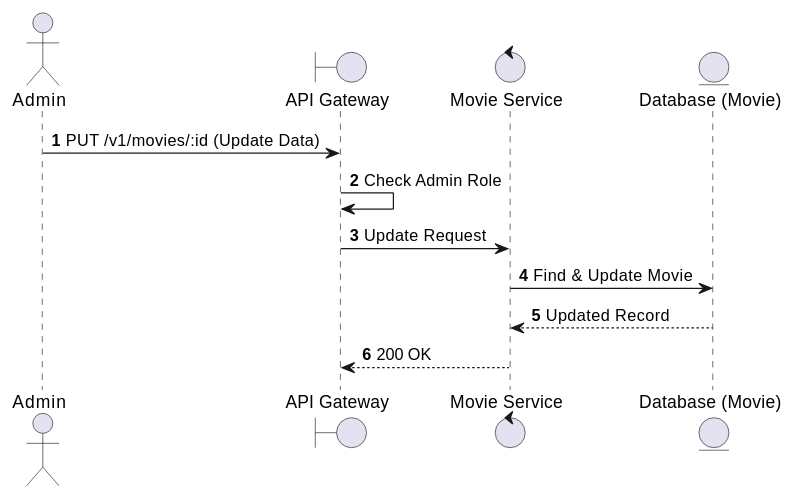
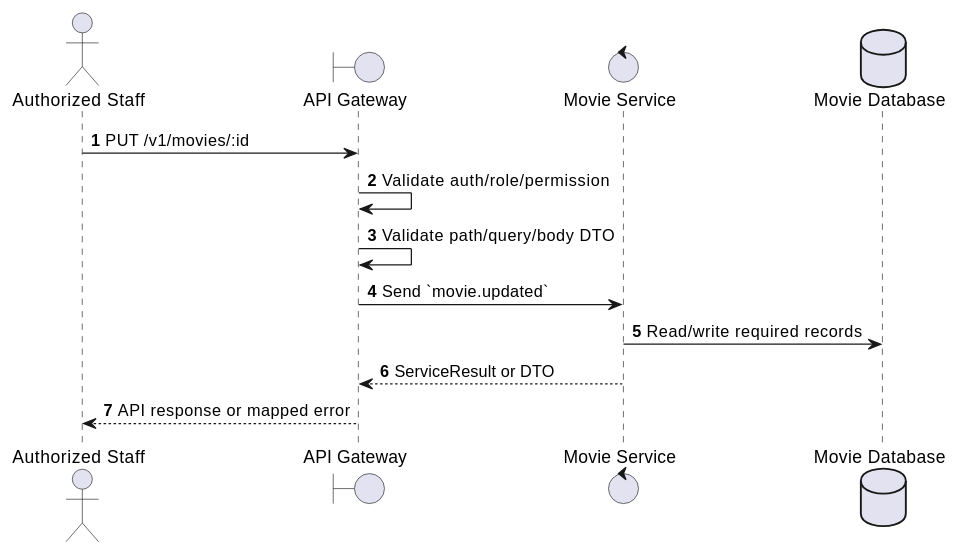
Before and after one commit to Tanh1603/movie-hub-architecture: the first of 2 diagrams in docs/functional_specs/3.3.1_Movie_Catalog/MV-05_Update_Movie.md, drawn with PlantUML. The commit also changed other lines of this file and 126 other files, not shown here.

````diff
--- a/docs/functional_specs/3.3.1_Movie_Catalog/MV-05_Update_Movie.md
+++ b/docs/functional_specs/3.3.1_Movie_Catalog/MV-05_Update_Movie.md
@@ -17,16 +17,17 @@
 ```plantuml
 @startuml
 autonumber
-actor Admin
+actor "Authorized Staff" as Actor
 boundary "API Gateway" as GW
-control "Movie Service" as MS
-entity "Database (Movie)" as DB
+control "Movie Service" as SVC
+database "Movie Database" as DB
 
-Admin -> GW: PUT /v1/movies/:id (Update Data)
-GW -> GW: Check Admin Role
-GW -> MS: Update Request
-MS -> DB: Find & Update Movie
-DB --> MS: Updated Record
-MS --> GW: 200 OK
+Actor -> GW: PUT /v1/movies/:id
+GW -> GW: Validate auth/role/permission
+GW -> GW: Validate path/query/body DTO
+GW -> SVC: Send `movie.updated`
+SVC -> DB: Read/write required records
+SVC --> GW: ServiceResult or DTO
+GW --> Actor: API response or mapped error
 @enduml
 ```
````
